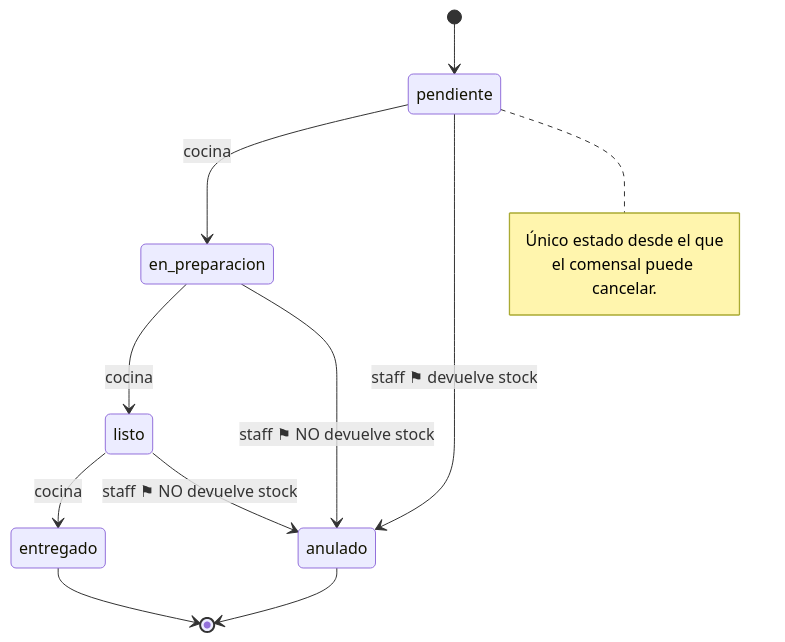
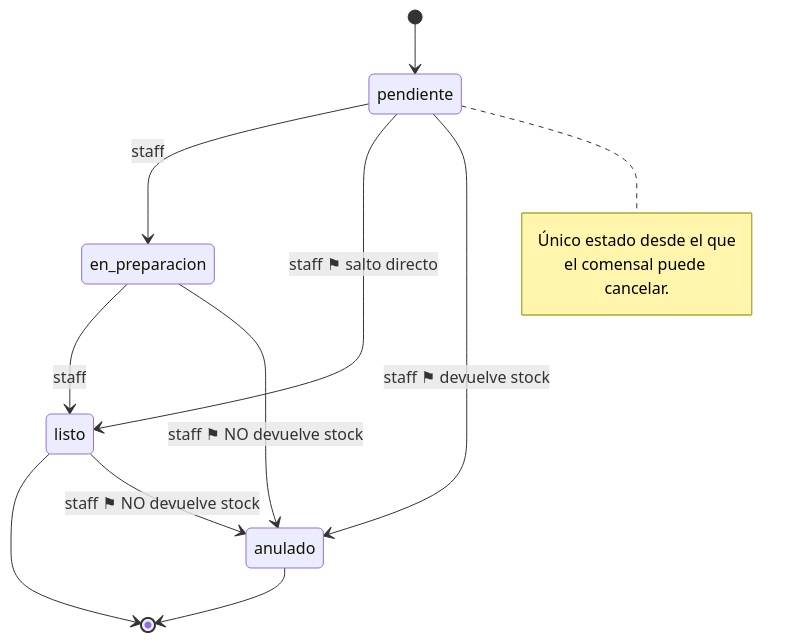
The third of 5 diagrams in docs/flujo-qr.md (deimerhdz/pos-backend), drawn with Mermaid before and after one commit. The commit also changed other lines of this file and 14 other files, not shown here.

First line of the commit message:
feat(kitchen): simplify kitchen status by removing 'entregado' and consolidating to 'listo'

````diff
--- a/docs/flujo-qr.md
+++ b/docs/flujo-qr.md
@@ -94,18 +94,18 @@
 ```mermaid
 stateDiagram-v2
     [*] --> pendiente
-    pendiente --> en_preparacion: cocina
-    en_preparacion --> listo: cocina
-    listo --> entregado: cocina
-    entregado --> [*]
+    pendiente --> en_preparacion: staff
+    pendiente --> listo: staff ⚑ salto directo
+    en_preparacion --> listo: staff
+    listo --> [*]
 
     pendiente --> anulado: staff ⚑ devuelve stock
     en_preparacion --> anulado: staff ⚑ NO devuelve stock
     listo --> anulado: staff ⚑ NO devuelve stock
     anulado --> [*]
 
     note right of pendiente
         Único estado desde el que
         el comensal puede cancelar.
     end note
 ```
````
